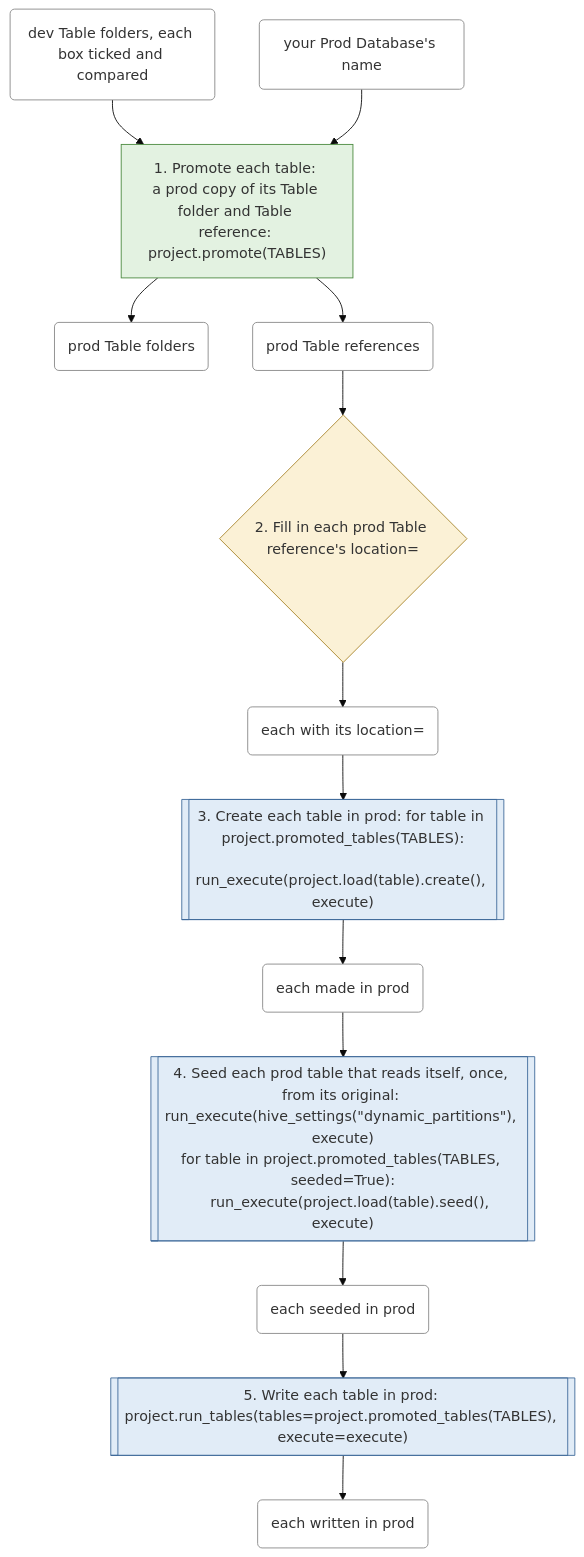
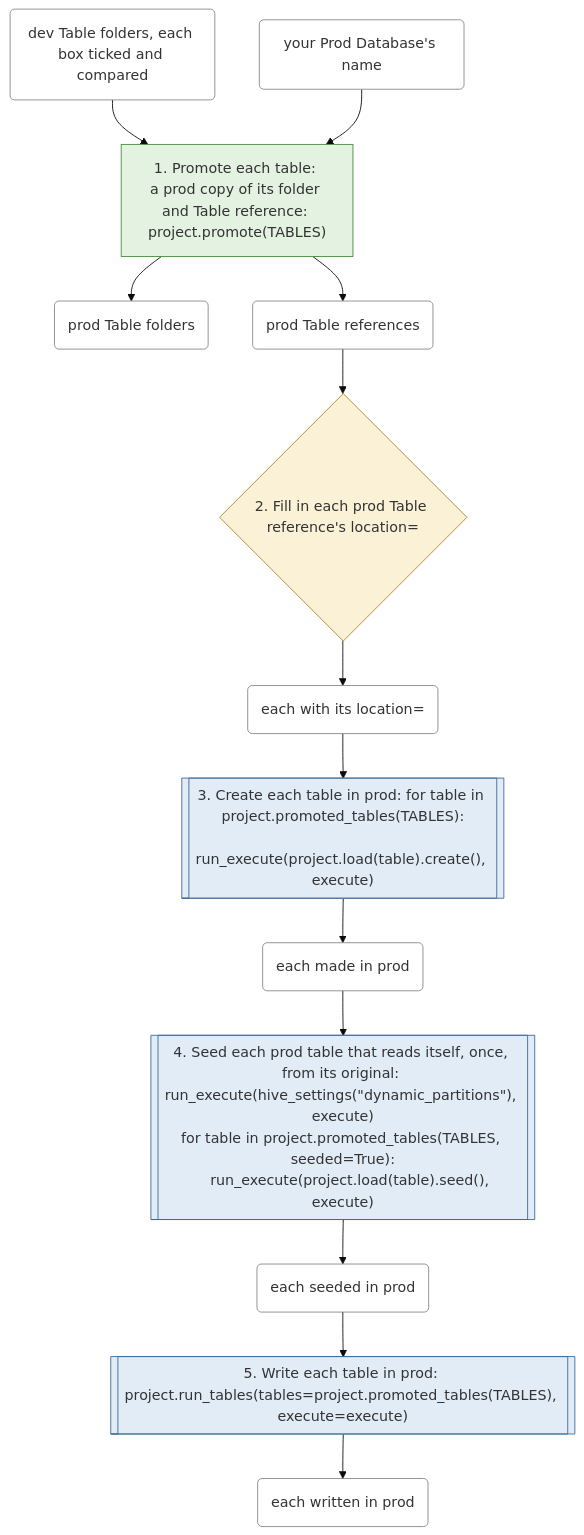
One commit to EdgyPage/SQL-Composer changed the second of 6 diagrams in docs/workflows.md. Above: the diagram before and after it, drawn with Mermaid (base theme). The commit also changed other lines of this file and 48 other files, not shown here.

First line of the commit message:
feat(8.0): ticket 19 finished: scripts each a query alone, charts a beginner reads, scores, D360 D361

````diff
--- a/docs/workflows.md
+++ b/docs/workflows.md
@@ -90,49 +72,35 @@
 ```mermaid
 flowchart TD
-    s0["1. Promote each table: a prod copy of its Table folder and Table reference: project.promote(TABLES)"]
-    class s0 file
+    s0["1. Promote each table: a prod copy of its folder and Table reference: project.promote(TABLES)"]:::files_only
+    s1{"2. Fill in each prod Table reference's location="}:::your_decision
+    s2[["3. Create each table in prod: for table in project.promoted_tables(TABLES):
+    run_execute(project.load(table).create(), execute)"]]:::warehouse_call
+    s3[["4. Seed each prod table that reads itself, once, from its original: run_execute(hive_settings(#quot;dynamic_partitions#quot;), execute)
+for table in project.promoted_tables(TABLES, seeded=True):
+    run_execute(project.load(table).seed(), execute)"]]:::warehouse_call
+    s4[["5. Write each table in prod: project.run_tables(tables=project.promoted_tables(TABLES), execute=execute)"]]:::warehouse_call
+    t0("dev Table folders, each box ticked and compared"):::thing
+    t1("your Prod Database's name"):::thing
+    t2("prod Table folders"):::thing
+    t3("prod Table references"):::thing
+    t4("each with its location="):::thing
+    t5("each made in prod"):::thing
+    t6("each seeded in prod"):::thing
+    t7("each written in prod"):::thing
     t0 --> s0
     t1 --> s0
     s0 --> t2
     s0 --> t3
-    s1{"2. Fill in each prod Table reference's location="}
-    class s1 decision
     t3 --> s1
     s1 --> t4
-    s2[["3. Create each table in prod: for table in project.promoted_tables(TABLES):
-    run_execute(project.load(table).create(), execute)"]]
-    class s2 permission
     t4 --> s2
     s2 --> t5
-    s3[["4. Seed each prod table that reads itself, once, from its original: run_execute(hive_settings(#quot;dynamic_partitions#quot;), execute)
-for table in project.promoted_tables(TABLES, seeded=True):
-    run_execute(project.load(table).seed(), execute)"]]
-    class s3 permission
     t5 --> s3
     s3 --> t6
-    s4[["5. Write each table in prod: project.run_tables(tables=project.promoted_tables(TABLES), execute=execute)"]]
-    class s4 permission
     t6 --> s4
     s4 --> t7
-    t0("dev Table folders, each box ticked and compared")
-    class t0 thing
-    t1("your Prod Database's name")
-    class t1 thing
-    t2("prod Table folders")
-    class t2 thing
-    t3("prod Table references")
-    class t3 thing
-    t4("each with its location=")
-    class t4 thing
-    t5("each made in prod")
-    class t5 thing
-    t6("each seeded in prod")
-    class t6 thing
-    t7("each written in prod")
-    class t7 thing
-    classDef file fill:#e3f2e1,stroke:#4a8a3f
-    classDef permission fill:#e1ecf7,stroke:#3f6a9a
-    classDef decision fill:#fbf1d6,stroke:#a8842a
-    classDef fiddling fill:#f8d7d5,stroke:#b03a30
+    classDef files_only fill:#e3f2e1,stroke:#4a8a3f
+    classDef warehouse_call fill:#e1ecf7,stroke:#3f6a9a
+    classDef your_decision fill:#fbf1d6,stroke:#a8842a
     classDef thing fill:#ffffff,stroke:#888888
 ```
````
